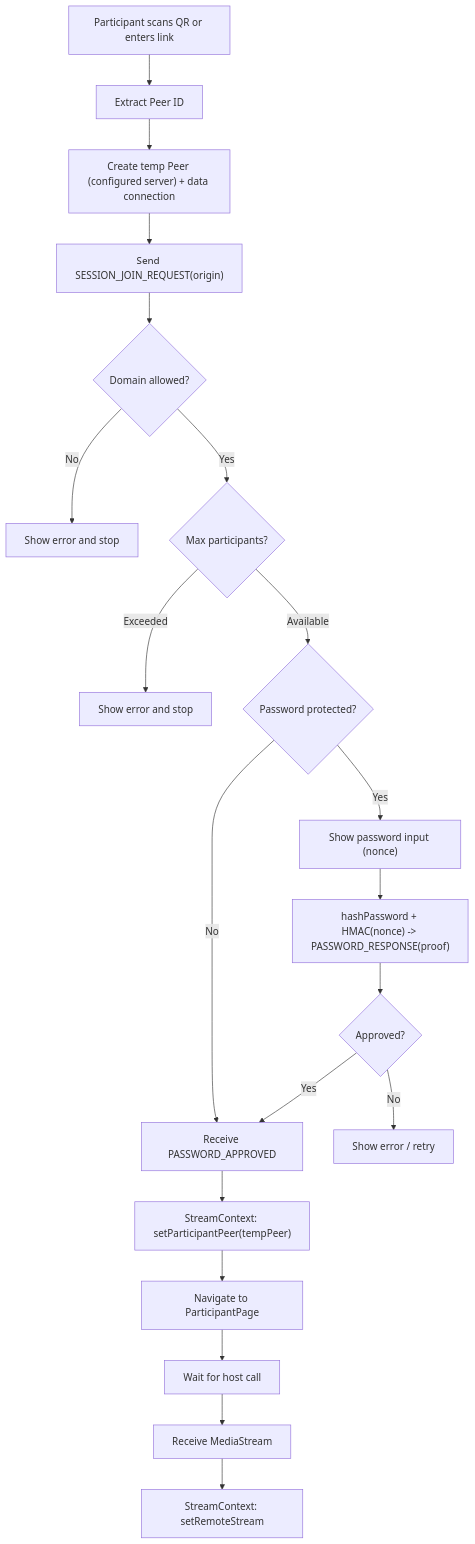
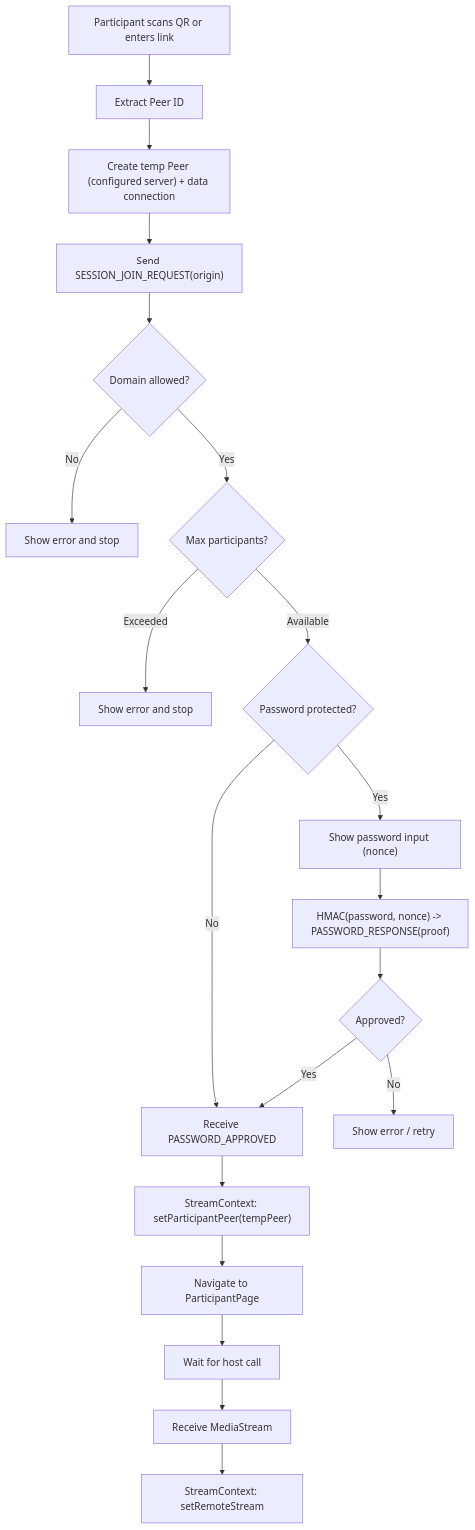
The fourth of 9 diagrams in ARCHITECTURE.md (BackGwa/Perspective), drawn with Mermaid before and after one commit. The commit also changed other lines of this file and 7 other files, not shown here.

````diff
--- a/ARCHITECTURE.md
+++ b/ARCHITECTURE.md
@@ -126,26 +125,26 @@
 ```mermaid
 flowchart TD
     A[Participant scans QR or enters link] --> B[Extract Peer ID]
     B --> C["Create temp Peer (configured server) + data connection"]
     C --> D["Send SESSION_JOIN_REQUEST(origin)"]
     D --> F{Domain allowed?}
 
     F -->|No| G[Show error and stop]
     F -->|Yes| H{Max participants?}
 
     H -->|Exceeded| I[Show error and stop]
     H -->|Available| J{Password protected?}
 
     J -->|No| K[Receive PASSWORD_APPROVED]
     J -->|Yes| L["Show password input (nonce)"]
-    L --> M["hashPassword + HMAC(nonce) -> PASSWORD_RESPONSE(proof)"]
+    L --> M["HMAC(password, nonce) -> PASSWORD_RESPONSE(proof)"]
     M --> N{Approved?}
     N -->|No| O[Show error / retry]
     N -->|Yes| K
 
     K --> P["StreamContext: setParticipantPeer(tempPeer)"]
     P --> Q[Navigate to ParticipantPage]
     Q --> R[Wait for host call]
     R --> S[Receive MediaStream]
     S --> T[StreamContext: setRemoteStream]
 ```
````
